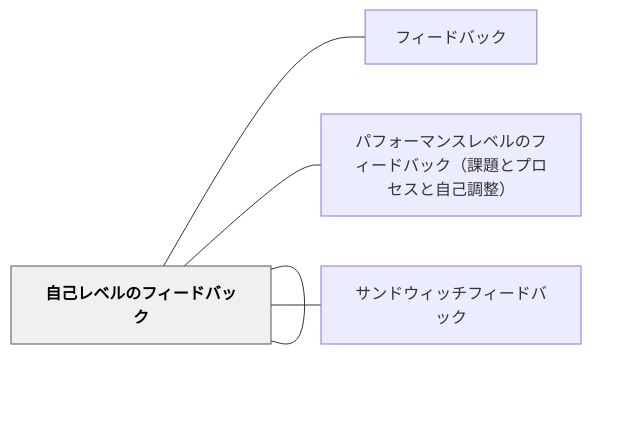
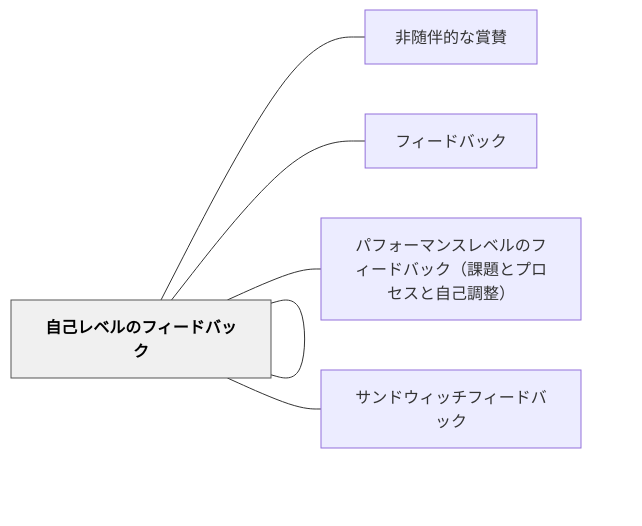
Before and after one commit to unknownthings-ed-patterns/unknownthings-ed-patterns: the diagram in content/パタン/自己レベルのフィードバックとパフォーマンスレベルのフィードバックを混ぜない.md, drawn with Mermaid. The commit also changed other lines of this file and 473 other files, not shown here.

````diff
--- a/content/パタン/自己レベルのフィードバックとパフォーマンスレベルのフィードバックを混ぜない.md
+++ b/content/パタン/自己レベルのフィードバックとパフォーマンスレベルのフィードバックを混ぜない.md
@@ -50,16 +51,18 @@
 ```mermaid
 flowchart LR
     ne887aae5b7b1["自己レベルのフィードバックとパフォーマンスレベルのフィードバックを混ぜない"]
+    ne99d9ee99a8f["非随伴的な賞賛"]
     ne38395e382a3["フィードバック"]
     ne887aae5b7b1["自己レベルのフィードバック"]
     ne38391e38395["パフォーマンスレベルのフィードバック（課題とプロセスと自己調整）"]
     ne382b5e383b3["サンドウィッチフィードバック"]
 
+    ne887aae5b7b1 --- ne99d9ee99a8f
     ne887aae5b7b1 --- ne38395e382a3
     ne887aae5b7b1 --- ne887aae5b7b1
     ne887aae5b7b1 --- ne38391e38395
     ne887aae5b7b1 --- ne382b5e383b3
 
     classDef hub fill:#f0f0f0,stroke:#555,color:#000,font-weight:bold
     class ne887aae5b7b1 hub
 ```
````
